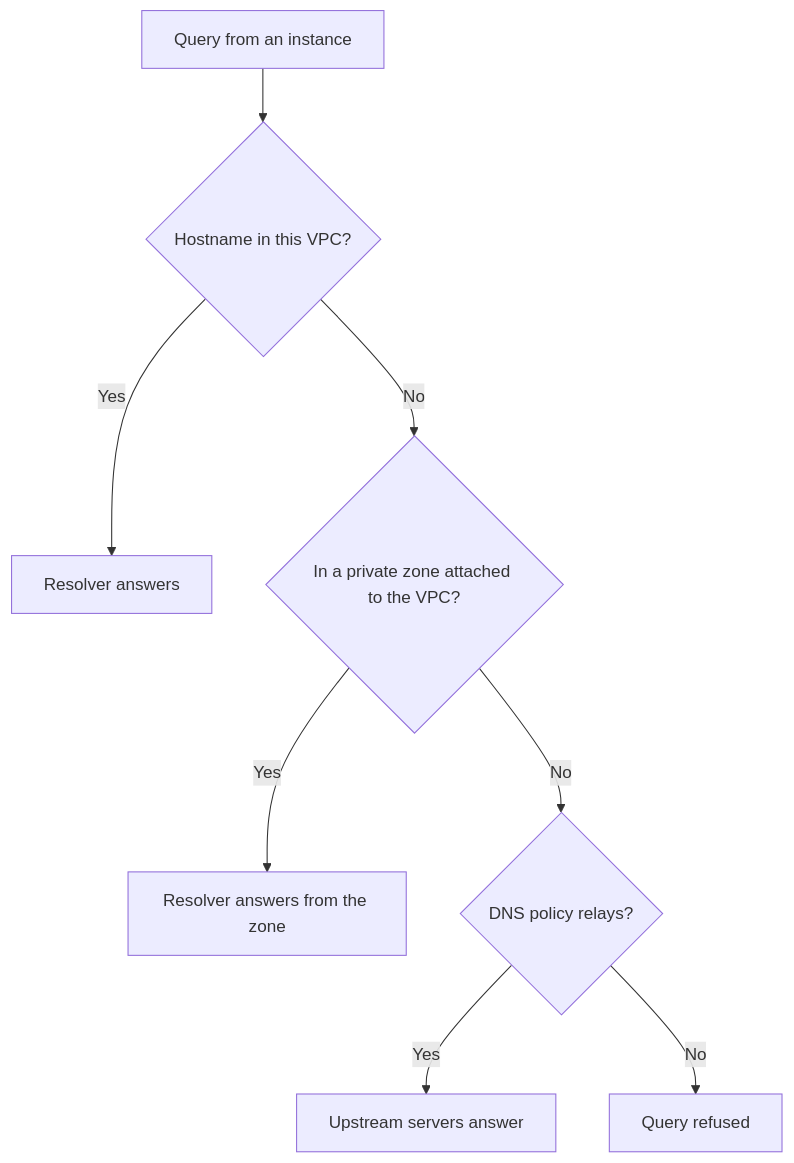
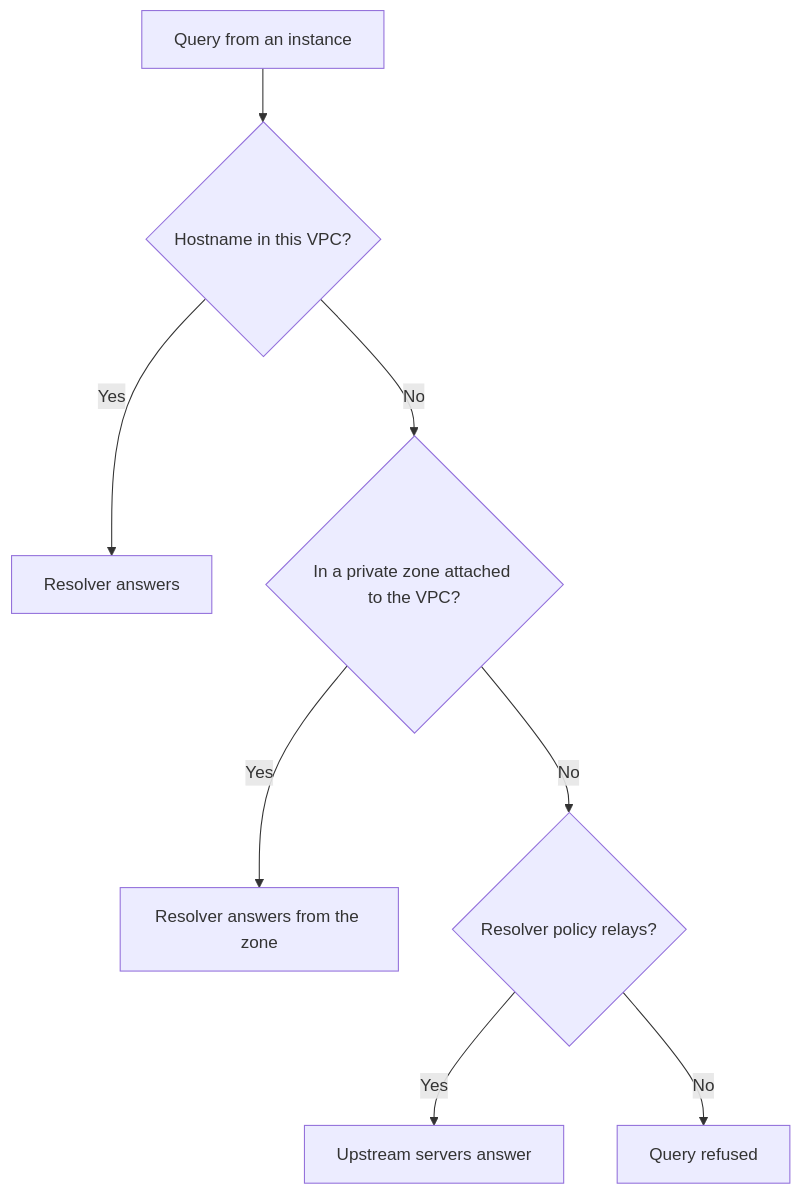
The diagram in docs/network/dns/index.md (origincloudhq/docs), drawn with Mermaid before and after one commit. The commit also changed other lines of this file and 16 other files, not shown here.

````diff
--- a/docs/network/dns/index.md
+++ b/docs/network/dns/index.md
@@ -18,12 +18,12 @@
 ```mermaid
 flowchart TD
   accTitle: How a VPC resolves a DNS query
-  accDescr: The subnet's resolver answers internal hostnames of its own VPC itself. Next, a name in a private zone attached to the VPC is answered from that zone, the most specific zone first. For any other name, it checks the VPC's DNS policy. If relaying is enabled, it forwards the query to the policy's upstream servers. If relaying is disabled, it refuses the query.
+  accDescr: The subnet's resolver answers internal hostnames of its own VPC itself. Next, a name in a private zone attached to the VPC is answered from that zone, the most specific zone first. For any other name, it checks the VPC's resolver policy. If relaying is enabled, it forwards the query to the policy's upstream servers. If relaying is disabled, it refuses the query.
   q[Query from an instance] --> own{"Hostname in this VPC?"}
   own -->|Yes| answer[Resolver answers]
   own -->|No| zone{"In a private zone attached to the VPC?"}
   zone -->|Yes| zoneanswer[Resolver answers from the zone]
-  zone -->|No| relay{"DNS policy relays?"}
+  zone -->|No| relay{"Resolver policy relays?"}
   relay -->|Yes| up[Upstream servers answer]
   relay -->|No| refused[Query refused]
 ```
````
